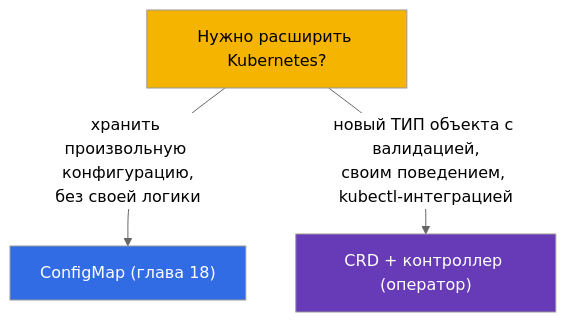
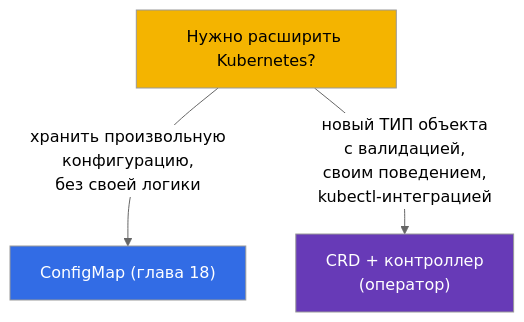
The sixth of 7 diagrams in tasks/cka/course/41/ru.md (ViktorUJ/cks), drawn with Mermaid (neutral theme) before and after one commit. The commit also changed other lines of this file and 30 other files, not shown here.

````diff
--- a/tasks/cka/course/41/ru.md
+++ b/tasks/cka/course/41/ru.md
@@ -169,9 +170,9 @@
 ```mermaid
 flowchart TB
     q["Нужно расширить Kubernetes?"]
-    q -->|"хранить произвольную конфигурацию,<br>без своей логики"| cm["ConfigMap (глава 18)"]
-    q -->|"новый ТИП объекта с валидацией,<br>своим поведением, kubectl-интеграцией"| crd["CRD + контроллер (оператор)"]
+    q -->|"хранить произвольную<br>конфигурацию,<br>без своей логики"| cm["ConfigMap (глава 18)"]
+    q -->|"новый ТИП объекта<br>с валидацией,<br>своим поведением,<br>kubectl-интеграцией"| crd["CRD + контроллер<br>(оператор)"]
     style q fill:#f4b400,color:#000
     style cm fill:#326ce5,color:#fff
     style crd fill:#673ab7,color:#fff
 ```
````
